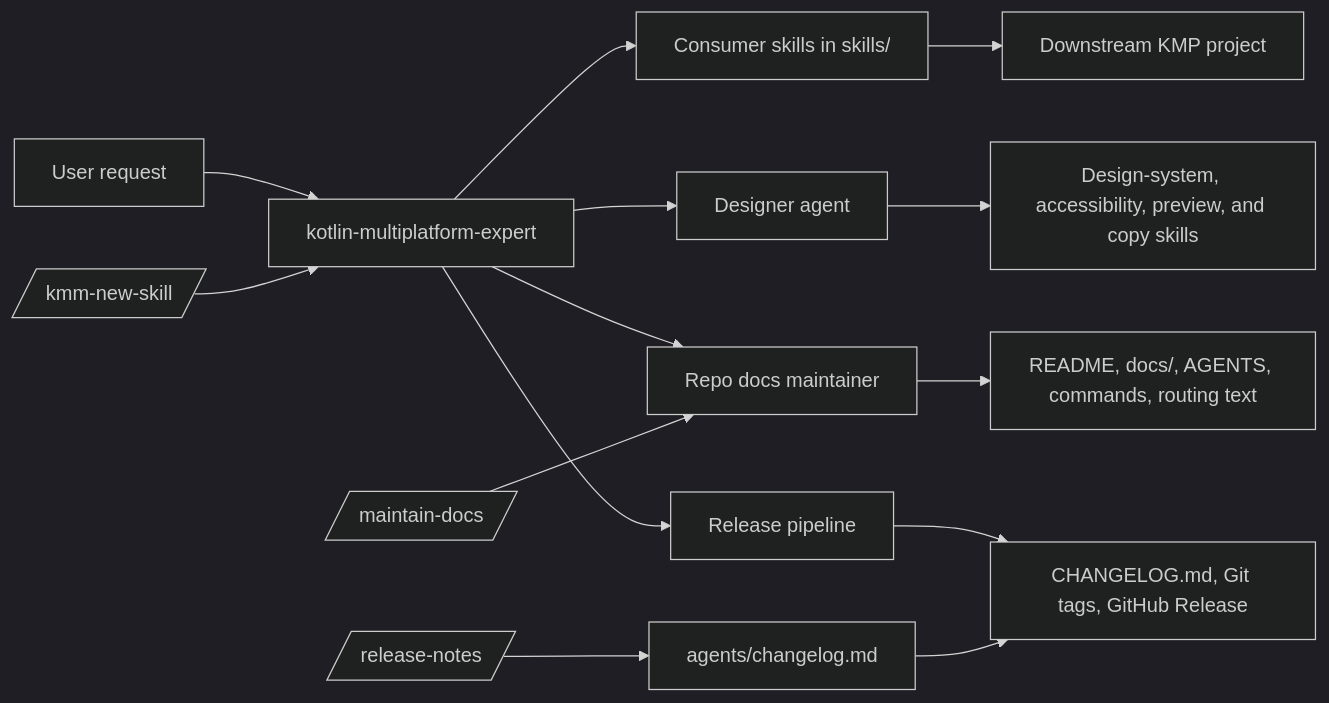
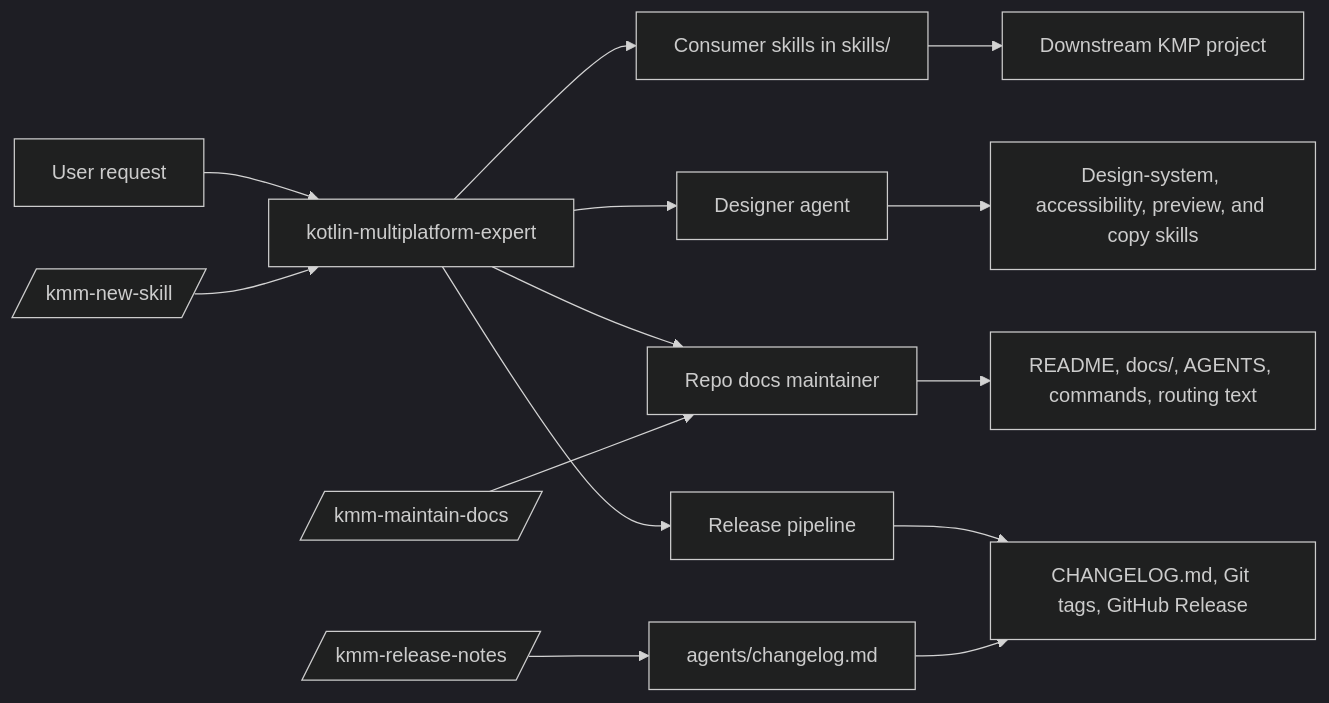
Before and after one commit to ronjunevaldoz/kmm-agent-skills: the first of 3 diagrams in README.md, drawn with Mermaid (dark theme). The commit also changed other lines of this file and 35 other files, not shown here.

````diff
--- a/README.md
+++ b/README.md
@@ -41,20 +41,20 @@
 ```mermaid
 flowchart LR
   U[User request] --> E[kotlin-multiplatform-expert]
 
   E --> S[Consumer skills in skills/]
   E --> X[Designer agent]
   E --> D[Repo docs maintainer]
   E --> R[Release pipeline]
 
   S --> P[Downstream KMP project]
   X --> Z[Design-system, accessibility, preview, and copy skills]
   D --> RD[README, docs/, AGENTS, commands, routing text]
   R --> C[CHANGELOG.md, Git tags, GitHub Release]
 
-  RN[/release-notes/] --> A[agents/changelog.md]
+  RN[/kmm-release-notes/] --> A[agents/changelog.md]
   A --> C
 
-  MD[/maintain-docs/] --> D
+  MD[/kmm-maintain-docs/] --> D
   NS[/kmm-new-skill/] --> E
 ```
````
